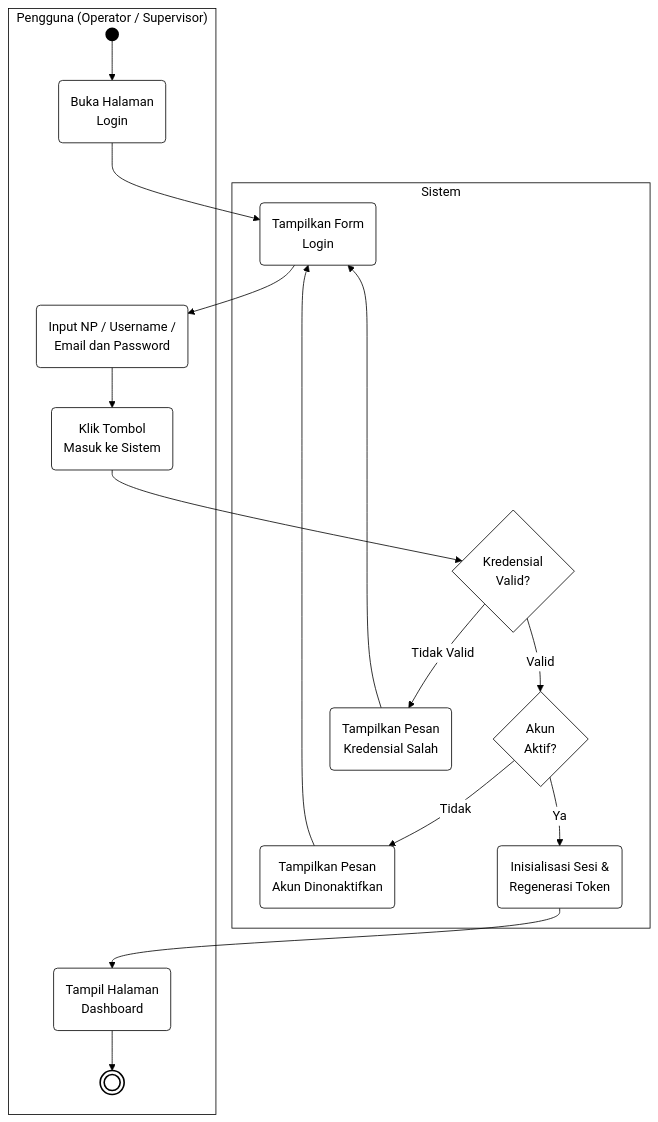
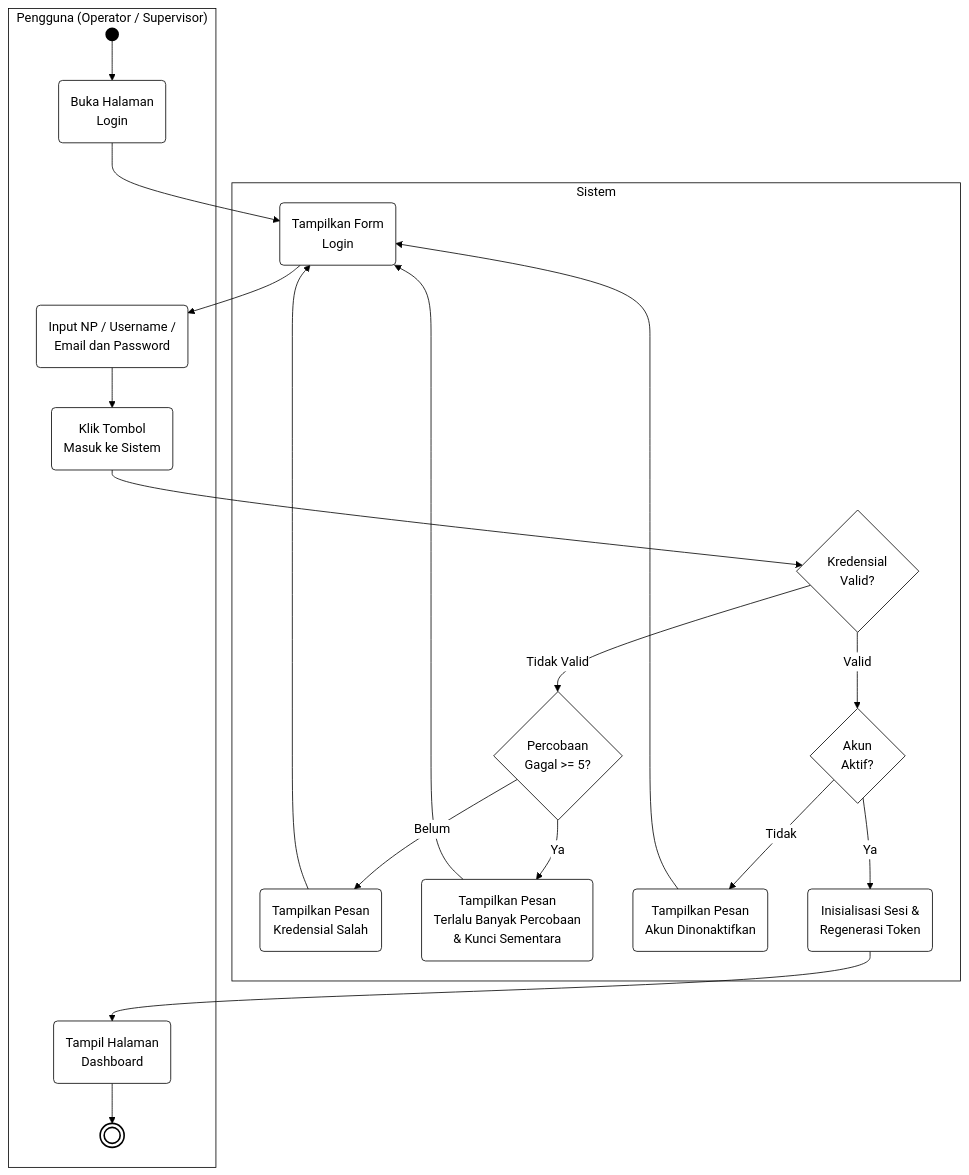
One commit to ZulfikarHD/scan-produksi changed the fourth of 11 diagrams in docs/BAB_III_Draft.md. Above: the diagram before and after it, drawn with Mermaid. The commit also changed other lines of this file, not shown here.

````diff
--- a/docs/BAB_III_Draft.md
+++ b/docs/BAB_III_Draft.md
@@ -407,38 +403,43 @@
 ```mermaid
 %%{init: {'theme': 'base', 'themeVariables': { 'primaryColor': '#ffffff', 'primaryBorderColor': '#000000', 'primaryTextColor': '#000000', 'lineColor': '#000000', 'textColor': '#000000', 'clusterBkg': '#ffffff', 'clusterBorder': '#000000', 'edgeLabelBackground':'#ffffff' }}}%%
 flowchart TD
     subgraph Pengguna ["Pengguna (Operator / Supervisor)"]
         P_Start(( ))
         P_Buka(Buka Halaman<br/>Login)
         P_Input(Input NP / Username /<br/>Email dan Password)
         P_Kirim(Klik Tombol<br/>Masuk ke Sistem)
         P_Dash(Tampil Halaman<br/>Dashboard)
         P_End((( )))
     end
 
     subgraph Sistem ["Sistem"]
         S_Form(Tampilkan Form<br/>Login)
         S_Val{Kredensial<br/>Valid?}
         S_Aktif{Akun<br/>Aktif?}
         S_Err(Tampilkan Pesan<br/>Kredensial Salah)
+        S_RateCheck{Percobaan<br/>Gagal >= 5?}
+        S_Lockout(Tampilkan Pesan<br/>Terlalu Banyak Percobaan<br/>& Kunci Sementara)
         S_NonAktif(Tampilkan Pesan<br/>Akun Dinonaktifkan)
         S_Auth(Inisialisasi Sesi &<br/>Regenerasi Token)
     end
 
     P_Start --> P_Buka
     P_Buka --> S_Form
     S_Form --> P_Input
     P_Input --> P_Kirim
     P_Kirim --> S_Val
-    S_Val -- Tidak Valid --> S_Err
+    S_Val -- Tidak Valid --> S_RateCheck
+    S_RateCheck -- Ya --> S_Lockout
+    S_Lockout --> S_Form
+    S_RateCheck -- Belum --> S_Err
     S_Err --> S_Form
     S_Val -- Valid --> S_Aktif
     S_Aktif -- Tidak --> S_NonAktif
     S_NonAktif --> S_Form
     S_Aktif -- Ya --> S_Auth
     S_Auth --> P_Dash
     P_Dash --> P_End
 
     style P_Start fill:#000000,stroke:#000000,stroke-width:2px;
     style P_End fill:#ffffff,stroke:#000000,stroke-width:2px;
 ```
````
